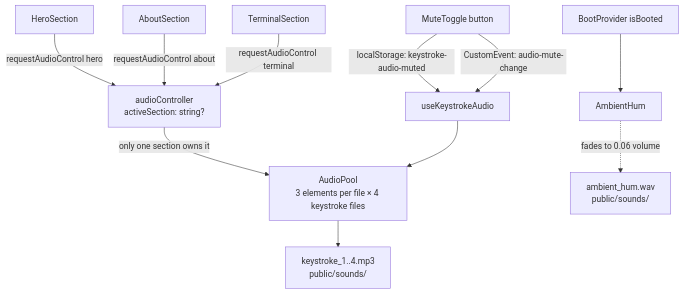
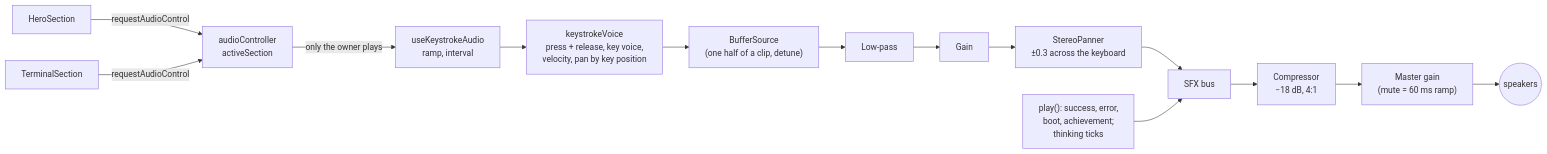
The fourth of 10 diagrams in README.md (kudzaiprichard/my-portfolio), drawn with Mermaid before and after one commit. The commit also changed other lines of this file and 1 other file, not shown here.

````diff
--- a/README.md
+++ b/README.md
@@ -432,16 +486,10 @@
 ```mermaid
-flowchart TD
-    Section1[HeroSection] -- requestAudioControl hero --> Ctrl[audioController\nactiveSection: string?]
-    Section2[AboutSection] -- requestAudioControl about --> Ctrl
-    Section3[TerminalSection] -- requestAudioControl terminal --> Ctrl
-
-    Ctrl -- only one section owns it --> Pool[AudioPool\n3 elements per file × 4 keystroke files]
-    Pool --> KS["keystroke_1..4.mp3\npublic/sounds/"]
-
-    Mute[MuteToggle button] -- localStorage: keystroke-audio-muted --> Hook[useKeystrokeAudio]
-    Mute -- CustomEvent: audio-mute-change --> Hook
-    Hook --> Pool
-
-    AmbientHum[AmbientHum] -. "fades to 0.06 volume" .-> HumFile["ambient_hum.wav\npublic/sounds/"]
-    BootCtx[BootProvider isBooted] --> AmbientHum
+flowchart LR
+    Section1[HeroSection] -- requestAudioControl --> Ctrl[audioController\nactiveSection]
+    Section2[TerminalSection] -- requestAudioControl --> Ctrl
+    Ctrl -- only the owner plays --> Hook[useKeystrokeAudio\nramp, interval]
+    Hook --> Voice["keystrokeVoice\npress + release, key voice,\nvelocity, pan by key position"] --> Clip["BufferSource\n(one half of a clip, detune)"] --> Tone[Low-pass] --> G[Gain] --> Pan["StereoPanner\n±0.3 across the keyboard"] --> SFX[SFX bus]
+    UI["play(): success, error,\nboot, achievement;\nthinking ticks"] --> SFX
+    SFX --> Comp["Compressor\n−18 dB, 4:1"]
+    Comp --> Master["Master gain\n(mute = 60 ms ramp)"] --> Out((speakers))
 ```
````
